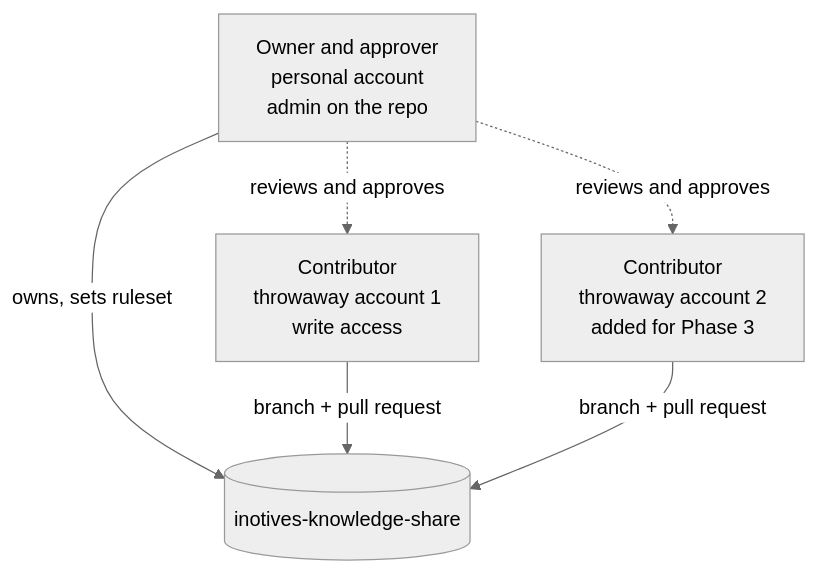
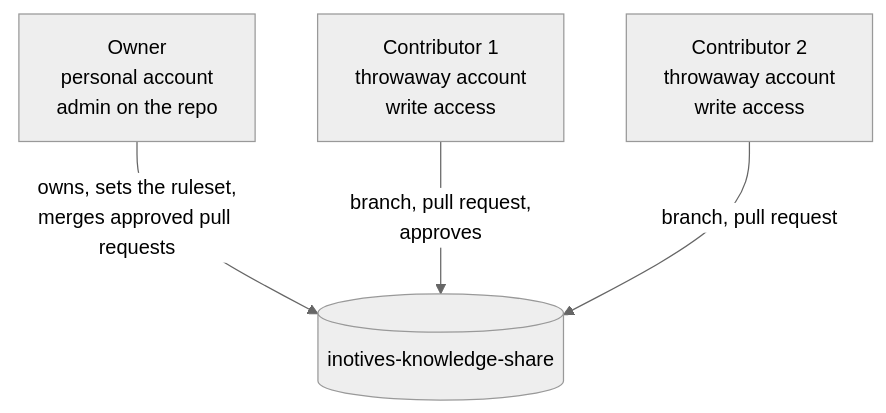
The fifth of 5 diagrams in README.md (inotives/inotives-knowledge-share), drawn with Mermaid (neutral theme) before and after one commit. The commit also changed other lines of this file and 2 other files, not shown here.

Commit message:
Refresh README, Phase 1 summary and guide after Phase 1 (#11)

````diff
--- a/README.md
+++ b/README.md
@@ -126,13 +137,11 @@
 ```mermaid
 flowchart TB
-    OWNER["Owner and approver<br/>personal account<br/>admin on the repo"]
-    T1["Contributor<br/>throwaway account 1<br/>write access"]
-    T2["Contributor<br/>throwaway account 2<br/>added for Phase 3"]
+    OWNER["Owner<br/>personal account<br/>admin on the repo"]
+    T1["Contributor 1<br/>throwaway account<br/>write access"]
+    T2["Contributor 2<br/>throwaway account<br/>write access"]
     REPO[("inotives-knowledge-share")]
 
-    OWNER -->|"owns, sets ruleset"| REPO
-    T1 -->|"branch + pull request"| REPO
-    T2 -->|"branch + pull request"| REPO
-    OWNER -.->|"reviews and approves"| T1
-    OWNER -.->|"reviews and approves"| T2
+    OWNER -->|"owns, sets the ruleset,<br/>merges approved pull requests"| REPO
+    T1 -->|"branch, pull request,<br/>approves"| REPO
+    T2 -->|"branch, pull request"| REPO
 ```
````
